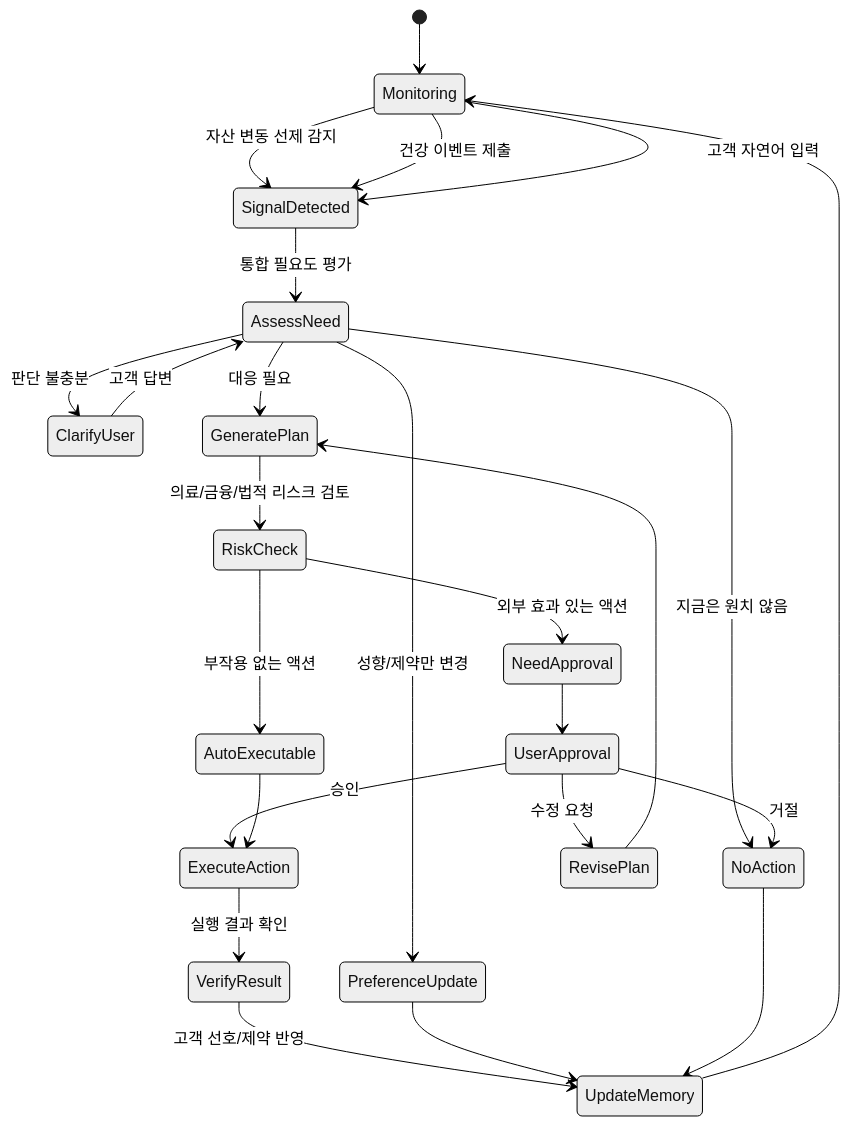
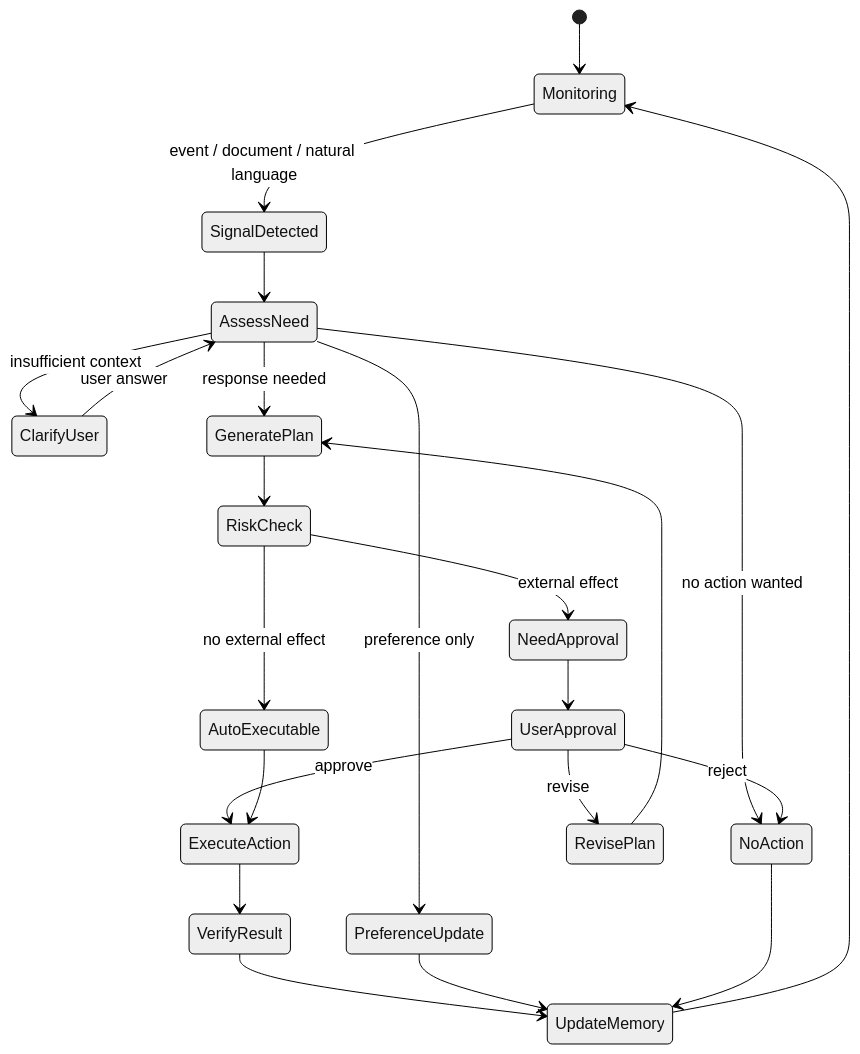
The second of 2 diagrams in README.md (YoonMin02/JB-WM-backend), drawn with Mermaid (neutral theme) before and after one commit. The commit also changed other lines of this file and 52 other files, not shown here.

````diff
--- a/README.md
+++ b/README.md
@@ -88,34 +54,25 @@
 ```mermaid
 stateDiagram-v2
     [*] --> Monitoring
-
-    Monitoring --> SignalDetected: 자산 변동 선제 감지
-    Monitoring --> SignalDetected: 건강 이벤트 제출
-    Monitoring --> SignalDetected: 고객 자연어 입력
-
-    SignalDetected --> AssessNeed: 통합 필요도 평가
-
-    AssessNeed --> ClarifyUser: 판단 불충분
-    ClarifyUser --> AssessNeed: 고객 답변
-    AssessNeed --> PreferenceUpdate: 성향/제약만 변경
-    AssessNeed --> NoAction: 지금은 원치 않음
-    AssessNeed --> GeneratePlan: 대응 필요
-
-    GeneratePlan --> RiskCheck: 의료/금융/법적 리스크 검토
-    RiskCheck --> AutoExecutable: 부작용 없는 액션
-    RiskCheck --> NeedApproval: 외부 효과 있는 액션
-
+    Monitoring --> SignalDetected: event / document / natural language
+    SignalDetected --> AssessNeed
+    AssessNeed --> ClarifyUser: insufficient context
+    ClarifyUser --> AssessNeed: user answer
+    AssessNeed --> PreferenceUpdate: preference only
+    AssessNeed --> NoAction: no action wanted
+    AssessNeed --> GeneratePlan: response needed
+    GeneratePlan --> RiskCheck
+    RiskCheck --> AutoExecutable: no external effect
+    RiskCheck --> NeedApproval: external effect
     NeedApproval --> UserApproval
-    UserApproval --> ExecuteAction: 승인
-    UserApproval --> RevisePlan: 수정 요청
-    UserApproval --> NoAction: 거절
+    UserApproval --> ExecuteAction: approve
+    UserApproval --> RevisePlan: revise
+    UserApproval --> NoAction: reject
     RevisePlan --> GeneratePlan
-
     AutoExecutable --> ExecuteAction
-
-    ExecuteAction --> VerifyResult: 실행 결과 확인
-    VerifyResult --> UpdateMemory: 고객 선호/제약 반영
+    ExecuteAction --> VerifyResult
+    VerifyResult --> UpdateMemory
     PreferenceUpdate --> UpdateMemory
     NoAction --> UpdateMemory
     UpdateMemory --> Monitoring
 ```
````
